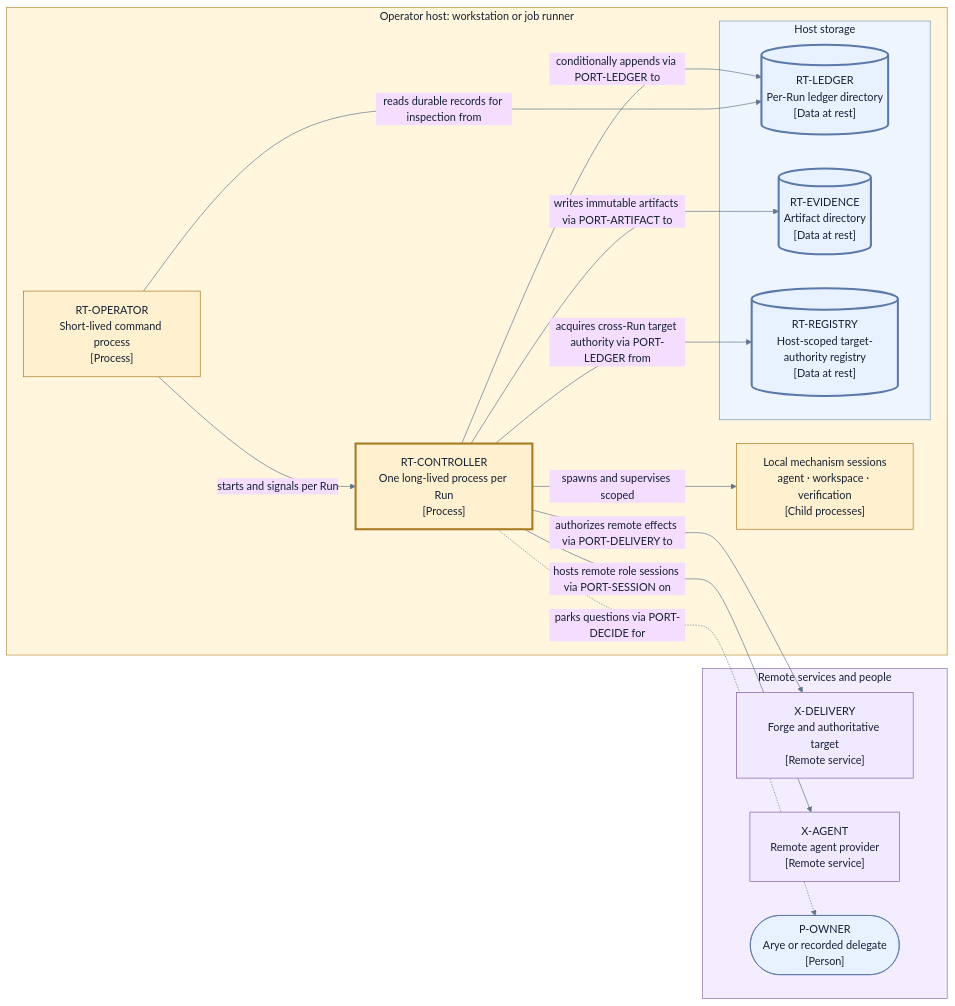
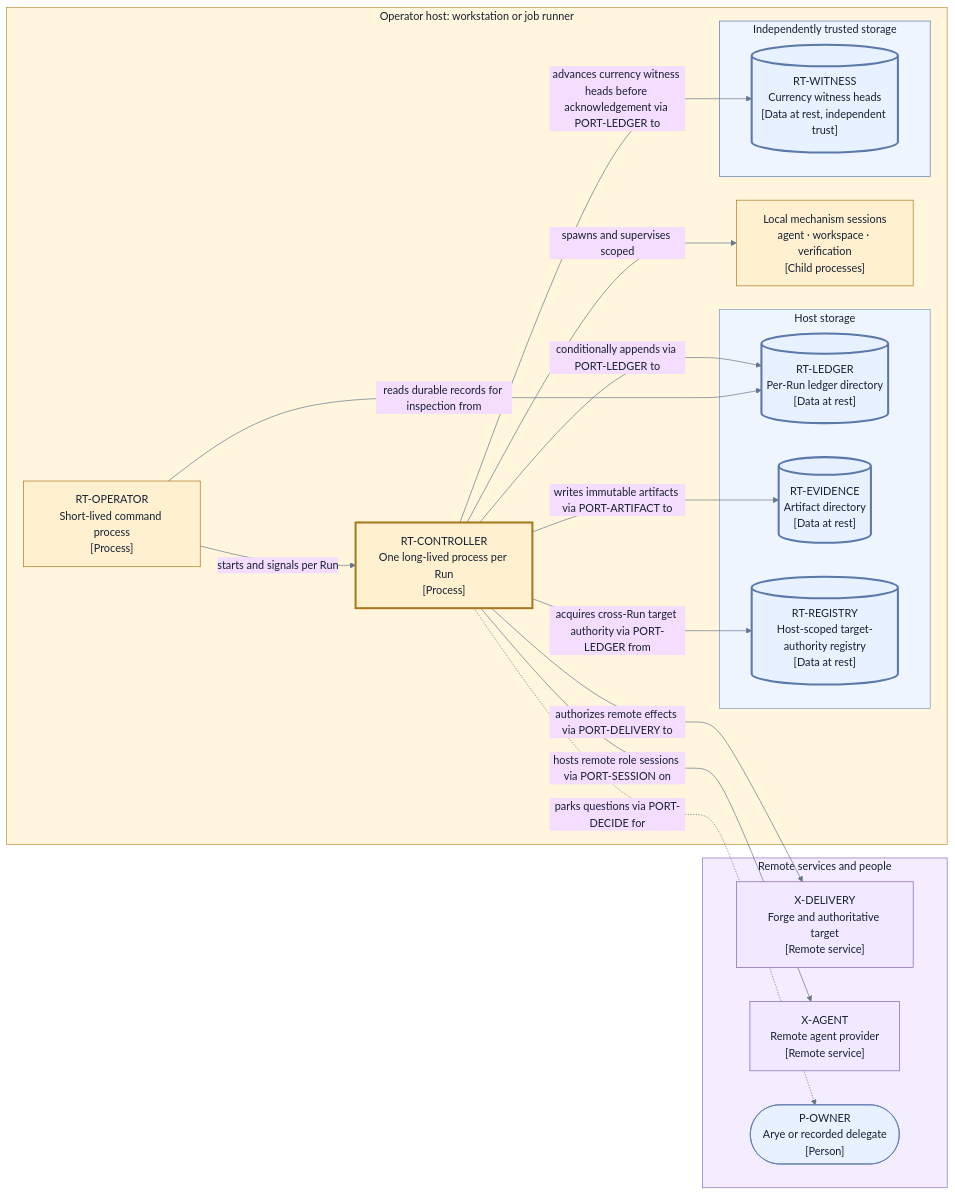
The second of 2 diagrams in docs/redesign/design/runtime.md (agentic-workflow-kit/jig), drawn with Mermaid before and after one commit. The commit also changed other lines of this file and 8 other files, not shown here.

Commit message:
docs: resolve the round-two owner recheck findings on registry scope, readback, witness, and ledger substitutions

````diff
--- a/docs/redesign/design/runtime.md
+++ b/docs/redesign/design/runtime.md
@@ -209,44 +217,49 @@
 ```mermaid
 %%{init: {"theme": "base", "themeVariables": {"fontFamily": "Inter, ui-sans-serif, system-ui", "primaryTextColor": "#172033", "lineColor": "#65758b"}}}%%
 flowchart LR
     subgraph Host["Operator host: workstation or job runner"]
         OperatorP["RT-OPERATOR<br/>Short-lived command process<br/>[Process]"]
         ControllerP["RT-CONTROLLER<br/>One long-lived process per Run<br/>[Process]"]
         MechanismP["Local mechanism sessions<br/>agent · workspace · verification<br/>[Child processes]"]
         subgraph HostStore["Host storage"]
             LedgerD[("RT-LEDGER<br/>Per-Run ledger directory<br/>[Data at rest]")]
             EvidenceD[("RT-EVIDENCE<br/>Artifact directory<br/>[Data at rest]")]
             RegistryD[("RT-REGISTRY<br/>Host-scoped target-authority registry<br/>[Data at rest]")]
+        end
+        subgraph IndepStore["Independently trusted storage"]
+            WitnessD[("RT-WITNESS<br/>Currency witness heads<br/>[Data at rest, independent trust]")]
         end
     end
 
     subgraph Remote["Remote services and people"]
         Forge["X-DELIVERY<br/>Forge and authoritative target<br/>[Remote service]"]
         RemoteAgent["X-AGENT<br/>Remote agent provider<br/>[Remote service]"]
         OwnerR(["P-OWNER<br/>Arye or recorded delegate<br/>[Person]"])
     end
 
     OperatorP -->|"starts and signals per Run"| ControllerP
     ControllerP -->|"spawns and supervises scoped"| MechanismP
     ControllerP -->|"conditionally appends via PORT-LEDGER to"| LedgerD
     ControllerP -->|"acquires cross-Run target authority via PORT-LEDGER from"| RegistryD
+    ControllerP -->|"advances currency witness heads before acknowledgement via PORT-LEDGER to"| WitnessD
     ControllerP -->|"writes immutable artifacts via PORT-ARTIFACT to"| EvidenceD
     ControllerP -->|"authorizes remote effects via PORT-DELIVERY to"| Forge
     ControllerP -->|"hosts remote role sessions via PORT-SESSION on"| RemoteAgent
     ControllerP -.->|"parks questions via PORT-DECIDE for"| OwnerR
     OperatorP -->|"reads durable records for inspection from"| LedgerD
 
     style Host fill:#fff6dd,stroke:#b8903a,color:#172033
     style HostStore fill:#eef5ff,stroke:#7a96bd,color:#172033
     style Remote fill:#f3edff,stroke:#8a6eb0,color:#172033
     classDef process fill:#fff1cf,stroke:#a8781f,color:#172033
     classDef control fill:#fff1cf,stroke:#a8781f,stroke-width:3px,color:#172033
     classDef rest fill:#e8f1ff,stroke:#5a78a8,stroke-width:3px,color:#172033
     classDef remote fill:#f1e9ff,stroke:#8061a8,color:#172033
     classDef person fill:#e8f1ff,stroke:#5a78a8,color:#172033
     class OperatorP,MechanismP process
     class ControllerP control
-    class LedgerD,EvidenceD,RegistryD rest
+    class LedgerD,EvidenceD,RegistryD,WitnessD rest
+    style IndepStore fill:#eef5ff,stroke:#5a78a8,color:#172033
     class Forge,RemoteAgent remote
     class OwnerR person
 ```
````
